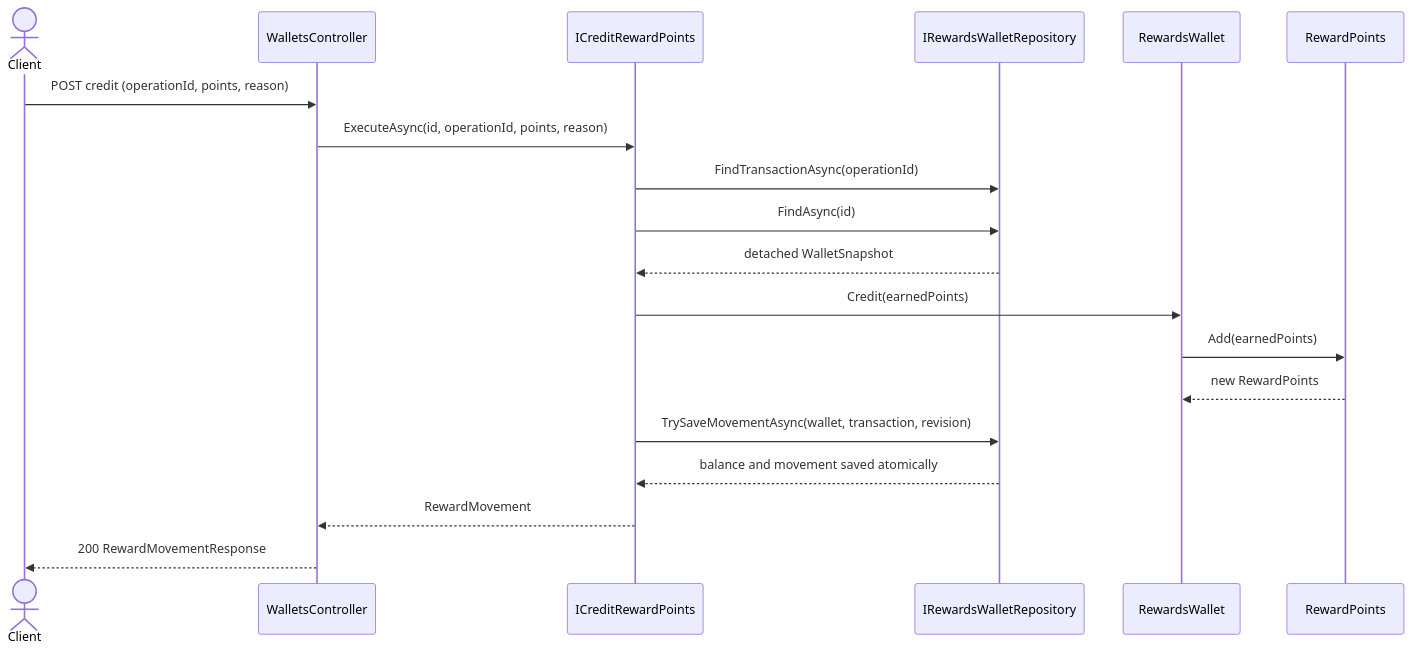
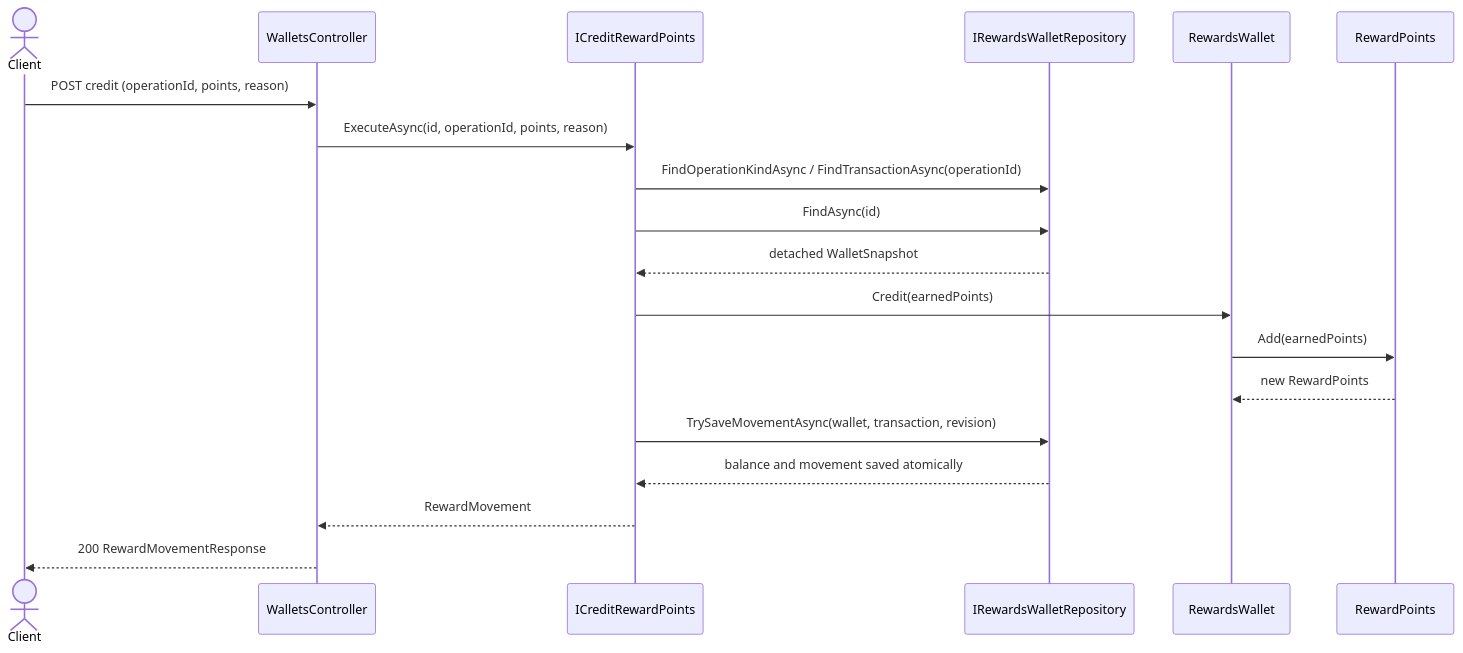
Before and after one commit to rfulgencio3/RewardFlow.SuppleDesign: the first of 4 diagrams in README.md, drawn with Mermaid. The commit also changed other lines of this file and 48 other files, not shown here.

````diff
--- a/README.md
+++ b/README.md
@@ -193,22 +215,22 @@
 ```mermaid
 sequenceDiagram
     actor Client
     participant API as WalletsController
     participant UseCase as ICreditRewardPoints
     participant Repository as IRewardsWalletRepository
     participant Wallet as RewardsWallet
     participant Points as RewardPoints
 
     Client->>API: POST credit (operationId, points, reason)
     API->>UseCase: ExecuteAsync(id, operationId, points, reason)
-    UseCase->>Repository: FindTransactionAsync(operationId)
+    UseCase->>Repository: FindOperationKindAsync / FindTransactionAsync(operationId)
     UseCase->>Repository: FindAsync(id)
     Repository-->>UseCase: detached WalletSnapshot
     UseCase->>Wallet: Credit(earnedPoints)
     Wallet->>Points: Add(earnedPoints)
     Points-->>Wallet: new RewardPoints
     UseCase->>Repository: TrySaveMovementAsync(wallet, transaction, revision)
     Repository-->>UseCase: balance and movement saved atomically
     UseCase-->>API: RewardMovement
     API-->>Client: 200 RewardMovementResponse
 ```
````
